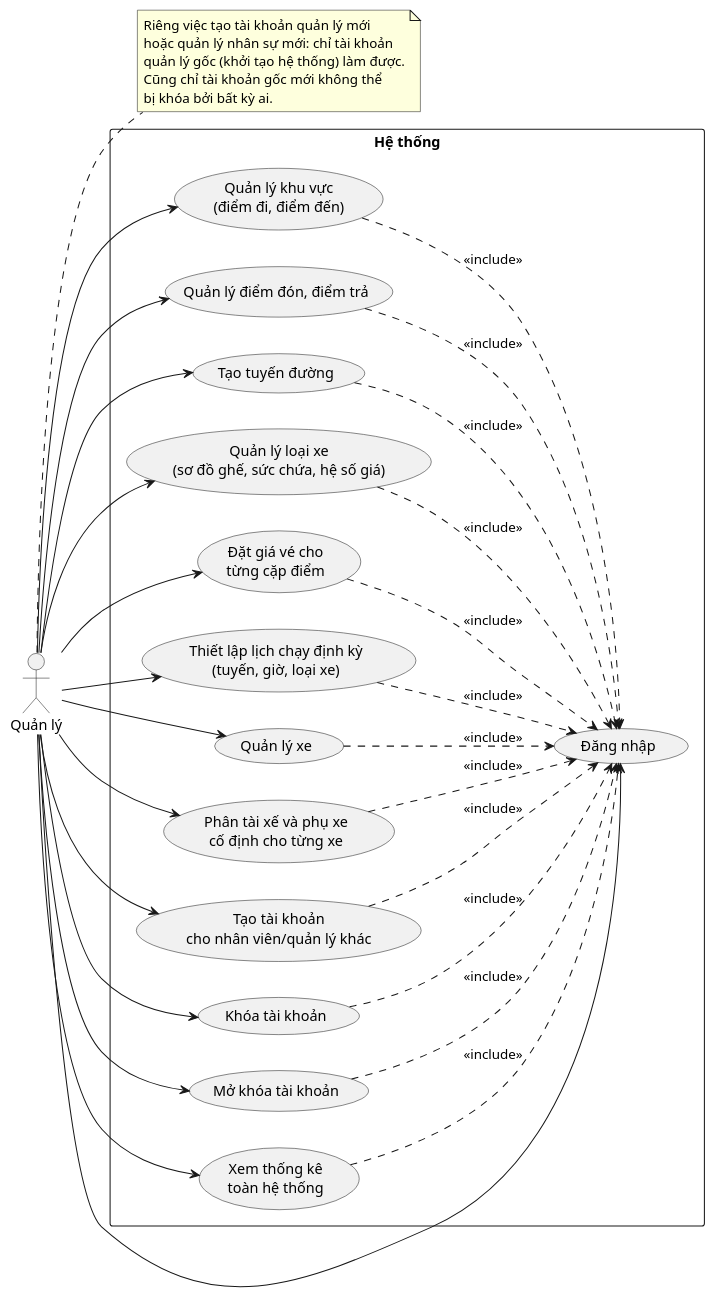
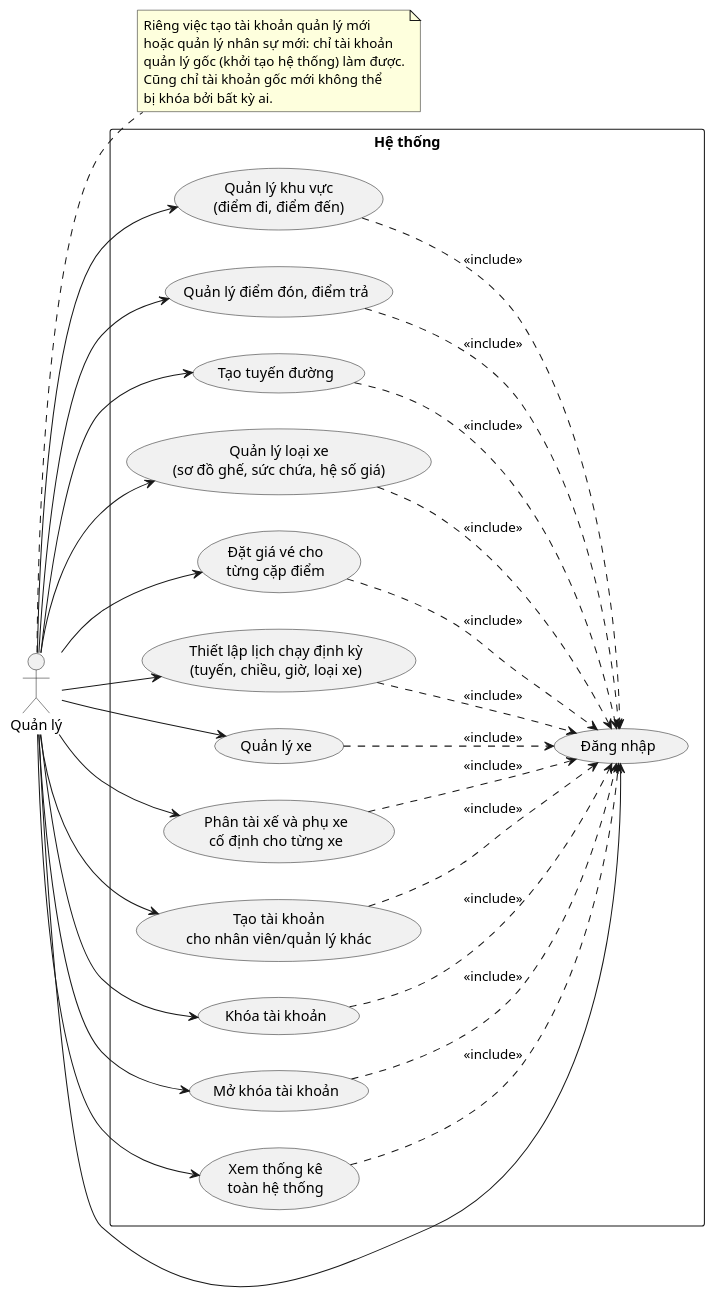
One commit to nguyenvietanhit19/Project1_HeThongQuanLyNhaXeKhachLienTinh changed the sixth of 52 diagrams in UML_DIAGRAMS.md. Above: the diagram before and after it, drawn with PlantUML. The commit also changed other lines of this file and 14 other files, not shown here.

````diff
--- a/UML_DIAGRAMS.md
+++ b/UML_DIAGRAMS.md
@@ -204,56 +204,56 @@
 ```plantuml
 @startuml UseCase_QuanLy
 left to right direction
 actor "Quản lý" as QL
 note right of QL
   Riêng việc tạo tài khoản quản lý mới
   hoặc quản lý nhân sự mới: chỉ tài khoản
   quản lý gốc (khởi tạo hệ thống) làm được.
   Cũng chỉ tài khoản gốc mới không thể
   bị khóa bởi bất kỳ ai.
 end note
 
 rectangle "Hệ thống" {
   usecase "Đăng nhập" as UC02
   usecase "Quản lý khu vực\n(điểm đi, điểm đến)" as UC29
   usecase "Quản lý điểm đón, điểm trả" as UC30
   usecase "Tạo tuyến đường" as UC31
   usecase "Quản lý loại xe\n(sơ đồ ghế, sức chứa, hệ số giá)" as UC32
   usecase "Đặt giá vé cho\ntừng cặp điểm" as UC33
-  usecase "Thiết lập lịch chạy định kỳ\n(tuyến, giờ, loại xe)" as UC18
+  usecase "Thiết lập lịch chạy định kỳ\n(tuyến, chiều, giờ, loại xe)" as UC18
   usecase "Quản lý xe" as UC34
   usecase "Phân tài xế và phụ xe\ncố định cho từng xe" as UC35
   usecase "Tạo tài khoản\ncho nhân viên/quản lý khác" as UC36
   usecase "Khóa tài khoản" as UC37
   usecase "Mở khóa tài khoản" as UC38
   usecase "Xem thống kê\ntoàn hệ thống" as UC39
 }
 
 QL --> UC02
 QL --> UC29
 QL --> UC30
 QL --> UC31
 QL --> UC32
 QL --> UC33
 QL --> UC18
 QL --> UC34
 QL --> UC35
 QL --> UC36
 QL --> UC37
 QL --> UC38
 QL --> UC39
 
 UC29 ..> UC02 : <<include>>
 UC30 ..> UC02 : <<include>>
 UC31 ..> UC02 : <<include>>
 UC32 ..> UC02 : <<include>>
 UC33 ..> UC02 : <<include>>
 UC18 ..> UC02 : <<include>>
 UC34 ..> UC02 : <<include>>
 UC35 ..> UC02 : <<include>>
 UC36 ..> UC02 : <<include>>
 UC37 ..> UC02 : <<include>>
 UC38 ..> UC02 : <<include>>
 UC39 ..> UC02 : <<include>>
 @enduml
 ```
````
